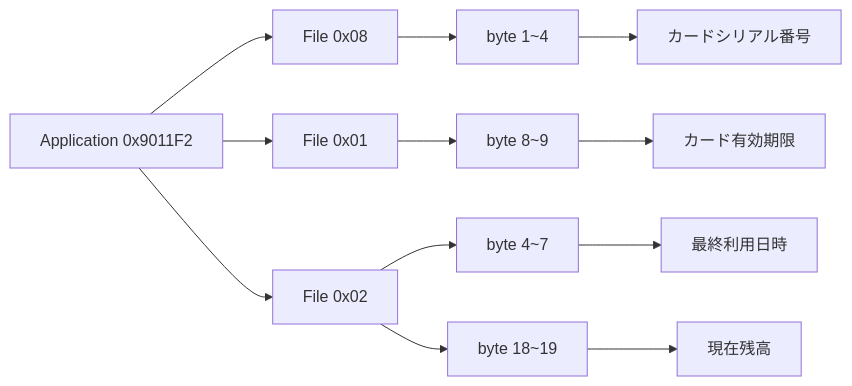
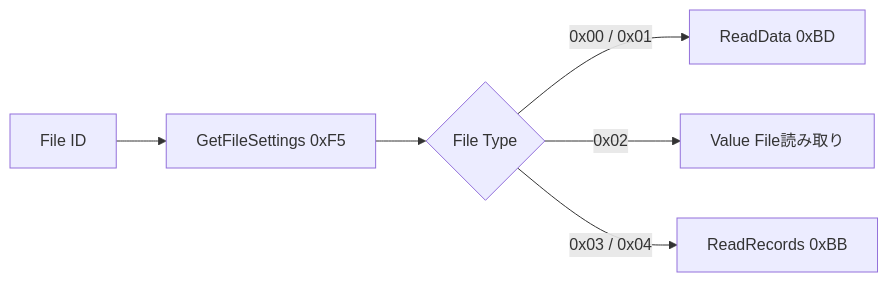
Before and after one commit to rs6-41/TransitICScanner: the third of 8 diagrams in doc/cards/usClipper.md, drawn with Mermaid. The commit also changed other lines of this file and 3 other files, not shown here.

````diff
--- a/doc/cards/usClipper.md
+++ b/doc/cards/usClipper.md
@@ -724,17 +1569,8 @@
 ```mermaid
 graph LR;
-    A[Application 0x9011F2] --> B["File 0x08"];
-    B --> C["byte 1~4"];
-    C --> D["カードシリアル番号"];
-
-    A --> E["File 0x01"];
-    E --> F["byte 8~9"];
-    F --> G["カード有効期限"];
-
-    A --> H["File 0x02"];
-    H --> I["byte 4~7"];
-    I --> J["最終利用日時"];
-
-    H --> K["byte 18~19"];
-    K --> L["現在残高"];
+    A["File ID"] --> B["GetFileSettings 0xF5"];
+    B --> C{"File Type"};
+    C -- "0x00 / 0x01" --> D["ReadData 0xBD"];
+    C -- "0x02" --> E["Value File読み取り"];
+    C -- "0x03 / 0x04" --> F["ReadRecords 0xBB"];
 ```
````
